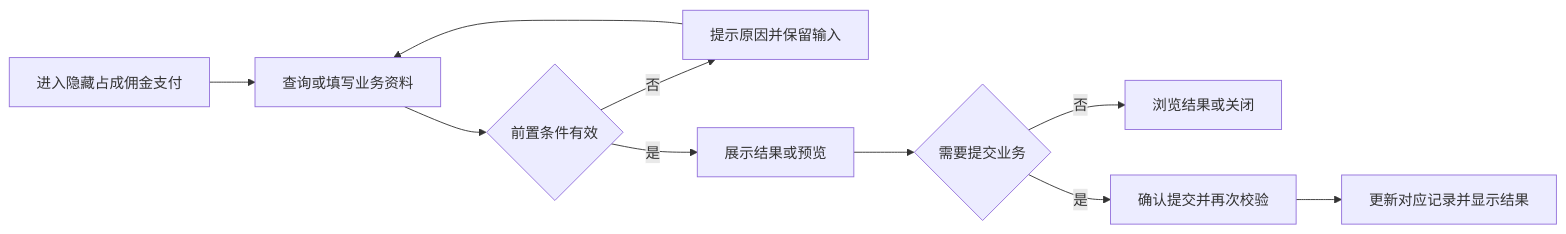
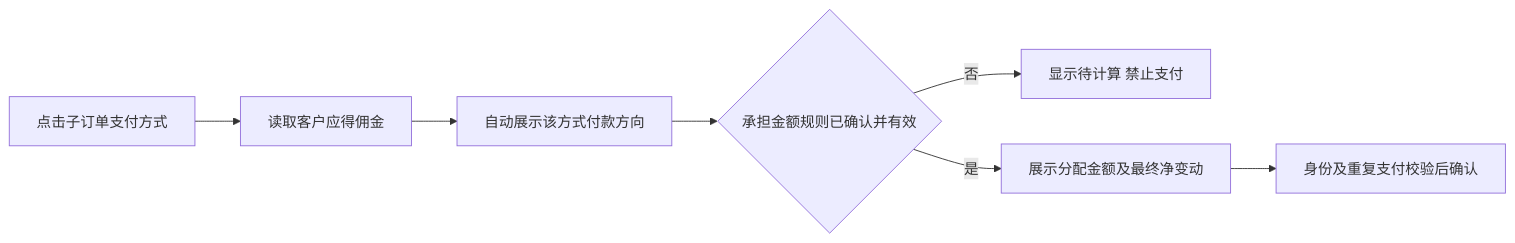
One commit to bala-luoluo/cashier-prototype changed the third of 5 diagrams in docs/菜单PRD_20261109/PRD_结算管理_20261109.md. Above: the diagram before and after it, drawn with Mermaid. The commit also changed other lines of this file and 9 other files, not shown here.

````diff
--- a/docs/菜单PRD_20261109/PRD_结算管理_20261109.md
+++ b/docs/菜单PRD_20261109/PRD_结算管理_20261109.md
@@ -130,12 +143,9 @@
 ```mermaid
 flowchart LR
-  A[进入隐藏占成佣金支付] --> B[查询或填写业务资料]
-  B --> C{前置条件有效}
-  C -- 否 --> D[提示原因并保留输入]
-  D --> B
-  C -- 是 --> E[展示结果或预览]
-  E --> F{需要提交业务}
-  F -- 否 --> G[浏览结果或关闭]
-  F -- 是 --> H[确认提交并再次校验]
-  H --> I[更新对应记录并显示结果]
+ A[点击子订单支付方式] --> B[读取客户应得佣金]
+ B --> C[自动展示该方式付款方向]
+ C --> D{承担金额规则已确认并有效}
+ D -- 否 --> E[显示待计算 禁止支付]
+ D -- 是 --> F[展示分配金额及最终净变动]
+ F --> G[身份及重复支付校验后确认]
 ```
````
